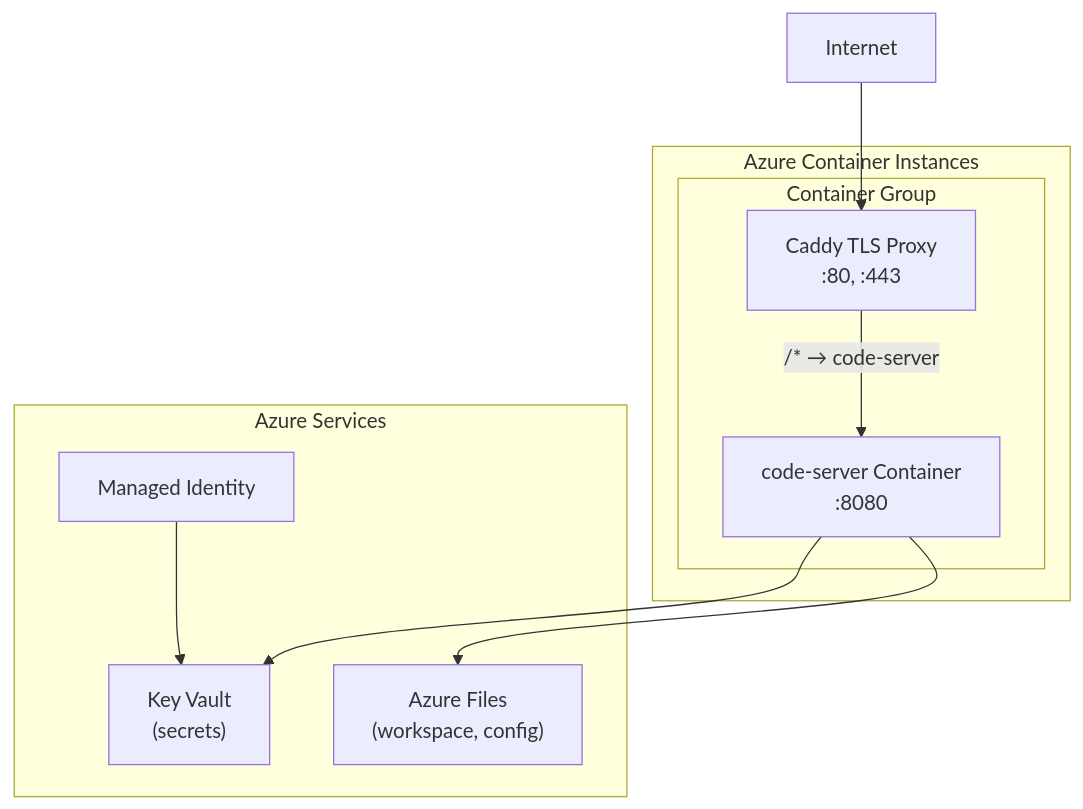
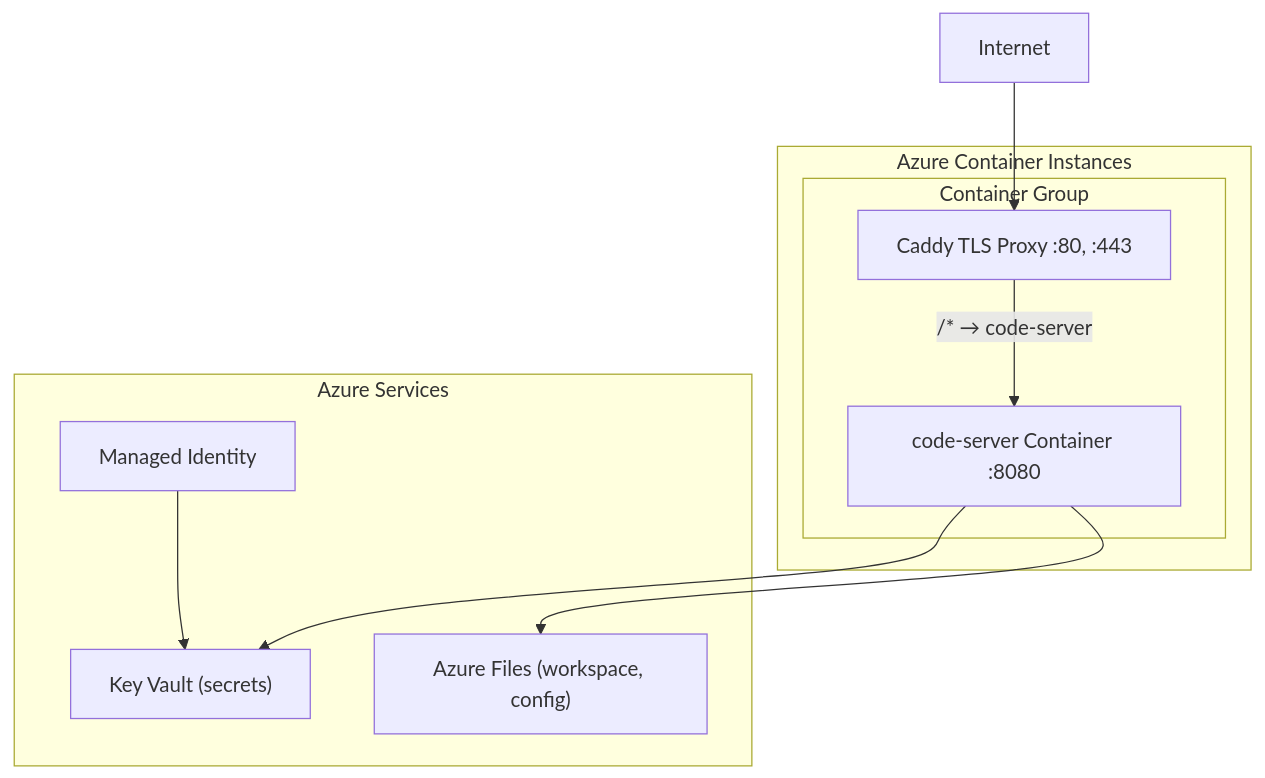
Before and after one commit to beejones/protected-azure-container: the diagram in planning/architecture-plan.md, drawn with Mermaid. The commit also changed 6 other files, not shown here.

````diff
--- a/planning/architecture-plan.md
+++ b/planning/architecture-plan.md
@@ -17,22 +17,22 @@
 ```mermaid
 graph TB
     subgraph "Azure Container Instances"
         subgraph "Container Group"
-            Caddy["Caddy TLS Proxy<br/>:80, :443"]
-            App["code-server Container<br/>:8080"]
+            Caddy["Caddy TLS Proxy :80, :443"]
+            App["code-server Container :8080"]
         end
     end
     
     Internet["Internet"] --> Caddy
     Caddy -->|"/* → code-server"| App
     
     subgraph "Azure Services"
-        KV["Key Vault<br/>(secrets)"]
-        Files["Azure Files<br/>(workspace, config)"]
+        KV["Key Vault (secrets)"]
+        Files["Azure Files (workspace, config)"]
         MI["Managed Identity"]
     end
     
     App --> KV
     App --> Files
     MI --> KV
 ```
````
